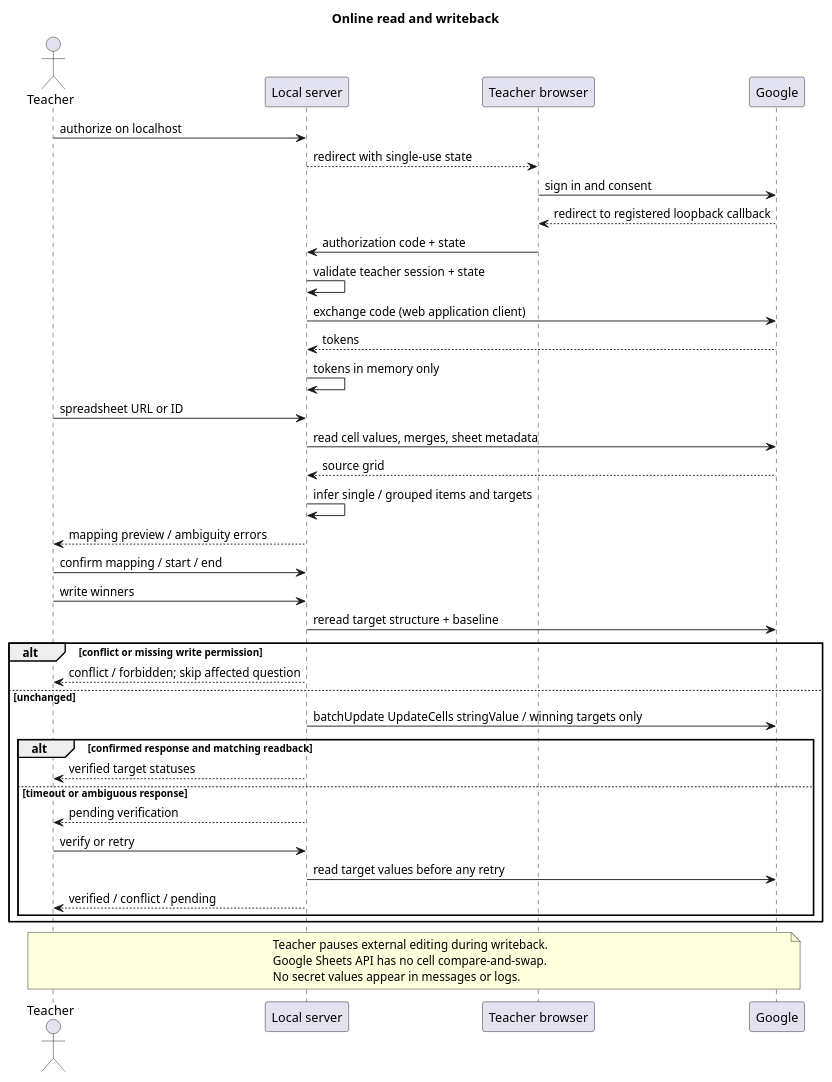
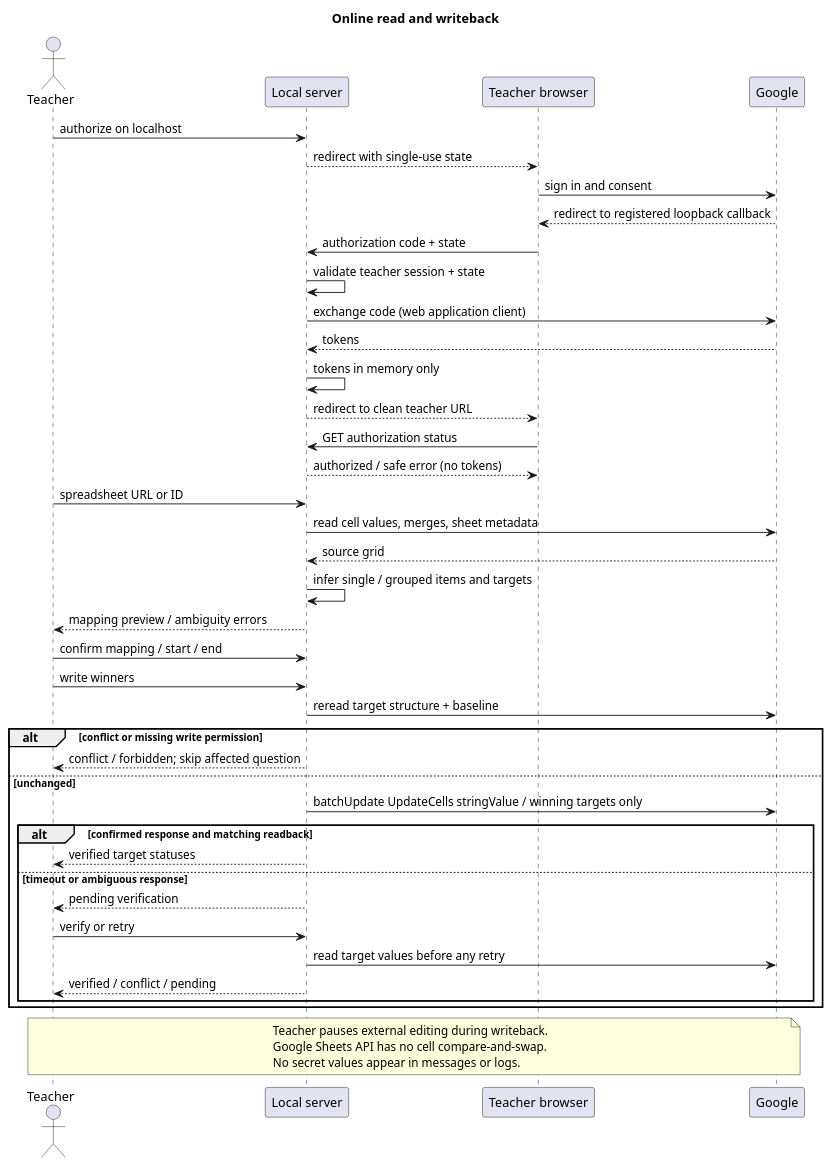
The diagram in specs/001-classroom-sheets-buzzer/diagrams/google-flow.puml (TsengYuFei/SW_SpecKit), drawn with PlantUML before and after one commit. The commit also changed 29 other files, not shown here.

```diff
--- a/specs/001-classroom-sheets-buzzer/diagrams/google-flow.puml
+++ b/specs/001-classroom-sheets-buzzer/diagrams/google-flow.puml
@@ -1,42 +1,45 @@
 @startuml
 title Online read and writeback
 actor Teacher as T
 participant "Local server" as S
 participant "Teacher browser" as B
 participant Google as G
 T -> S : authorize on localhost
 S --> B : redirect with single-use state
 B -> G : sign in and consent
 G --> B : redirect to registered loopback callback
 B -> S : authorization code + state
 S -> S : validate teacher session + state
 S -> G : exchange code (web application client)
 G --> S : tokens
 S -> S : tokens in memory only
+S --> B : redirect to clean teacher URL
+B -> S : GET authorization status
+S --> B : authorized / safe error (no tokens)
 T -> S : spreadsheet URL or ID
 S -> G : read cell values, merges, sheet metadata
 G --> S : source grid
 S -> S : infer single / grouped items and targets
 S --> T : mapping preview / ambiguity errors
 T -> S : confirm mapping / start / end
 T -> S : write winners
 S -> G : reread target structure + baseline
 alt conflict or missing write permission
  S --> T : conflict / forbidden; skip affected question
 else unchanged
  S -> G : batchUpdate UpdateCells stringValue / winning targets only
  alt confirmed response and matching readback
   S --> T : verified target statuses
  else timeout or ambiguous response
   S --> T : pending verification
   T -> S : verify or retry
   S -> G : read target values before any retry
   S --> T : verified / conflict / pending
  end
 end
 note over T,G
 Teacher pauses external editing during writeback.
 Google Sheets API has no cell compare-and-swap.
 No secret values appear in messages or logs.
 end note
 @enduml
```
